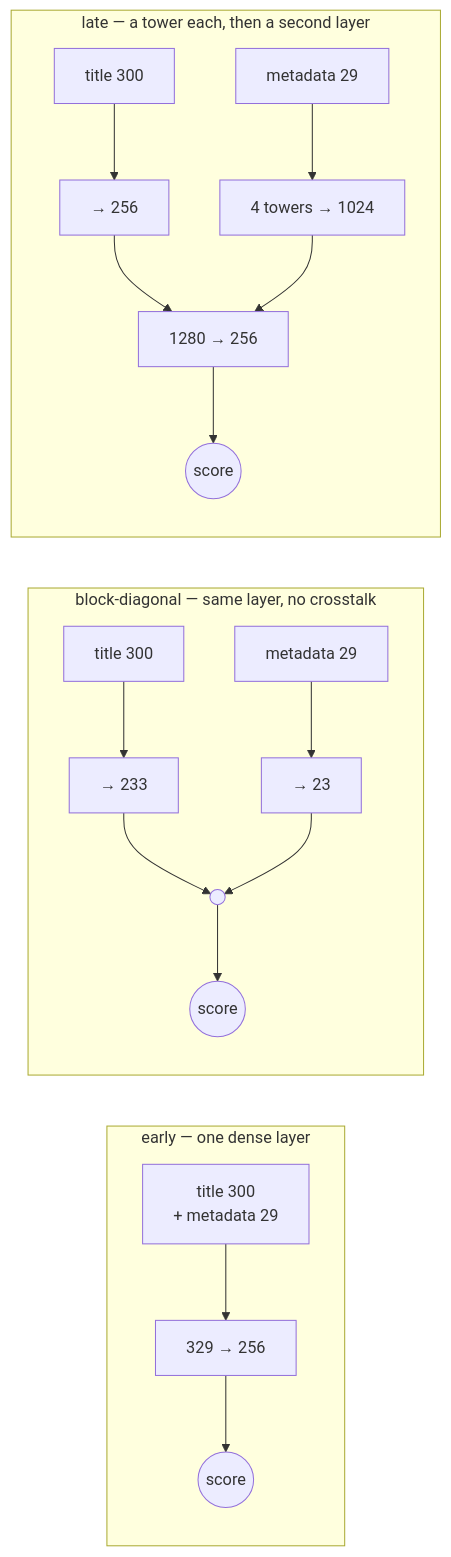
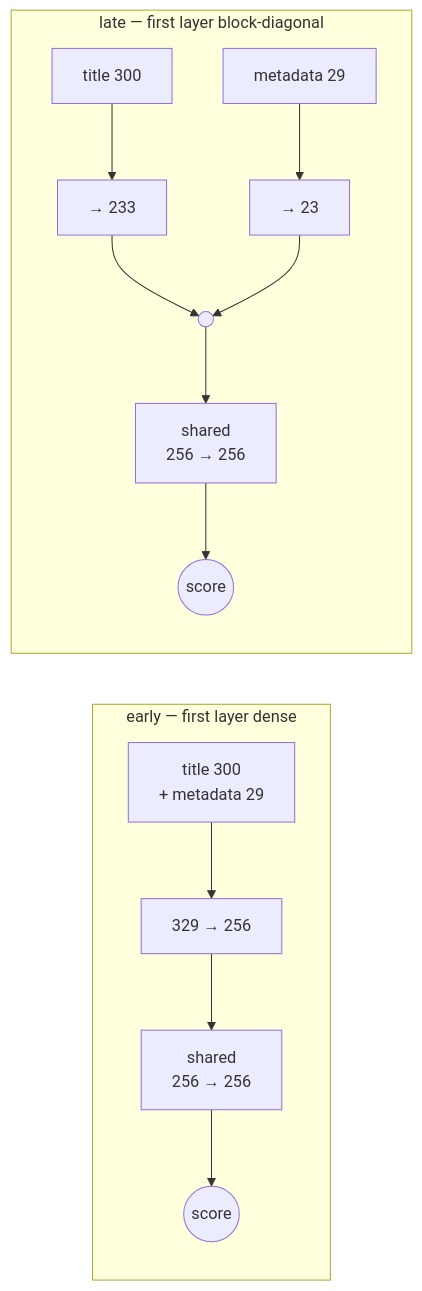
One commit to RoshBeed/ai-residency changed the diagram in services/content-scoring/README.md. Above: the diagram before and after it, drawn with Mermaid. The commit also changed other lines of this file and 112 other files, not shown here.

````diff
--- a/services/content-scoring/README.md
+++ b/services/content-scoring/README.md
@@ -139,14 +162,10 @@
 ```mermaid
 flowchart LR
-  subgraph E["early — one dense layer"]
-    ei["title 300<br/>+ metadata 29"] --> el["329 → 256"] --> es(("score"))
+  subgraph E["early — first layer dense"]
+    ei["title 300<br/>+ metadata 29"] --> el["329 → 256"] --> eh["shared<br/>256 → 256"] --> es(("score"))
   end
-  subgraph B["block-diagonal — same layer, no crosstalk"]
+  subgraph B["late — first layer block-diagonal"]
     bt["title 300"] --> bt1["→ 233"] --> bc(( ))
-    bm["metadata 29"] --> bm1["→ 23"] --> bc --> bs(("score"))
-  end
-  subgraph L["late — a tower each, then a second layer"]
-    lt["title 300"] --> lt1["→ 256"] --> lh["1280 → 256"]
-    lm["metadata 29"] --> lm1["4 towers → 1024"] --> lh --> ls(("score"))
+    bm["metadata 29"] --> bm1["→ 23"] --> bc --> bh["shared<br/>256 → 256"] --> bs(("score"))
   end
 ```
````
